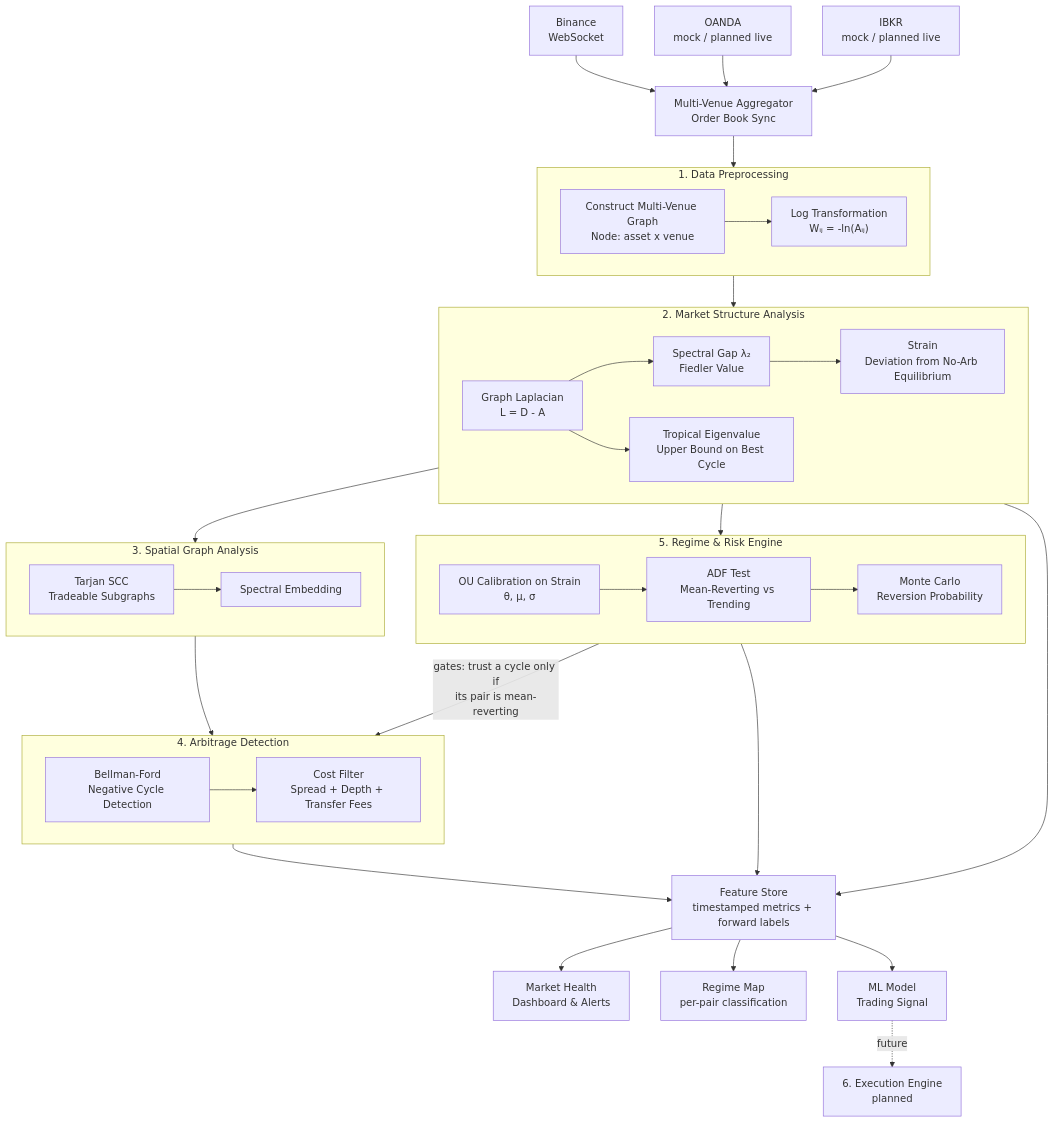
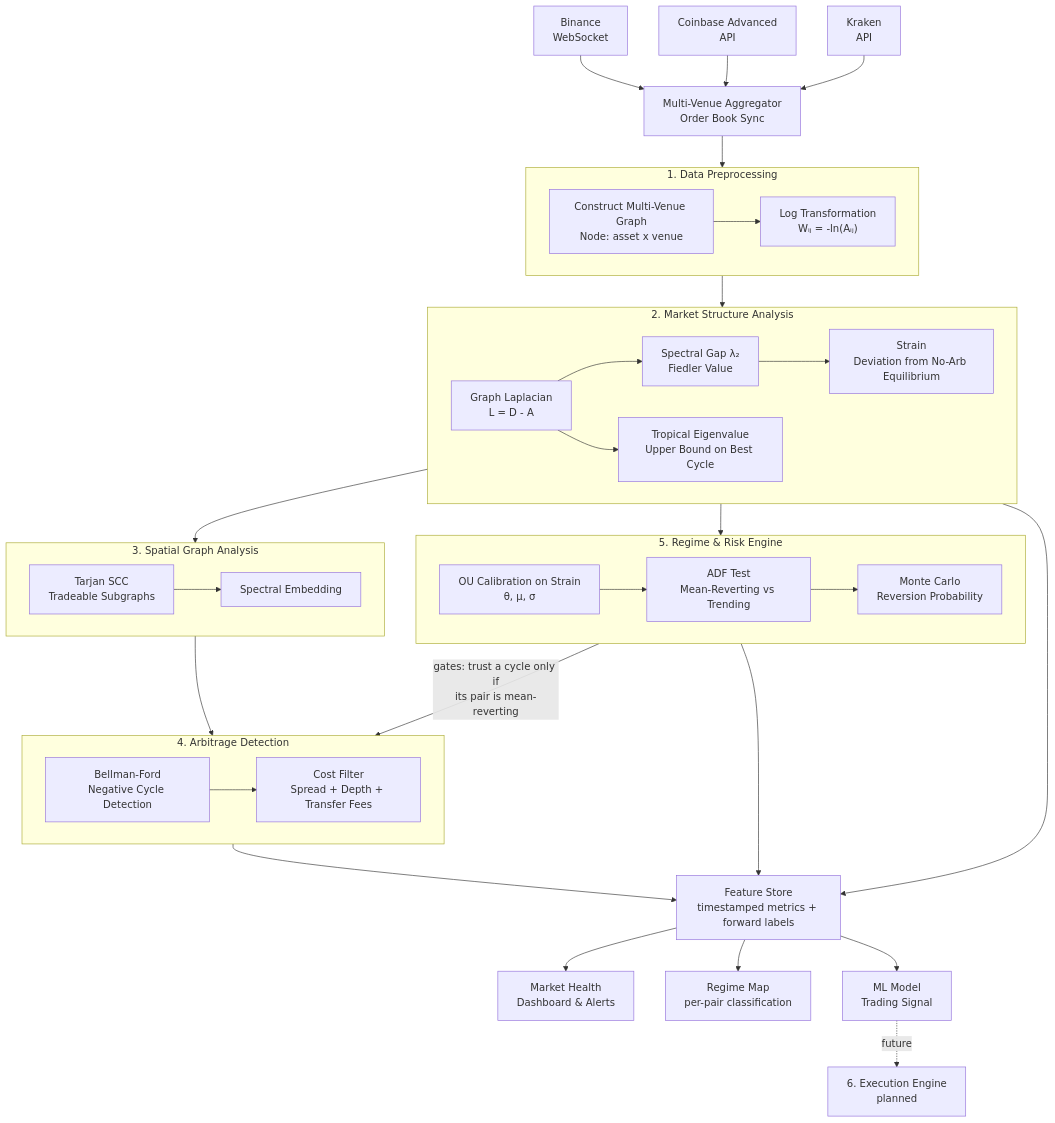
One commit to ducanh19082007/laplacian-market-signals changed the diagram in README.md. Above: the diagram before and after it, drawn with Mermaid.

````diff
--- a/README.md
+++ b/README.md
@@ -15,66 +15,66 @@
 ```mermaid
 flowchart TD
 
     A1["Binance<br/>WebSocket"]
-    A2["OANDA<br/>mock / planned live"]
-    A3["IBKR<br/>mock / planned live"]
+    A2["Coinbase Advanced<br/>API"]
+    A3["Kraken<br/>API"]
     A1 & A2 & A3 --> M
 
     M["Multi-Venue Aggregator<br/>Order Book Sync"]
     M --> B
 
     subgraph B["1. Data Preprocessing"]
         B1["Construct Multi-Venue Graph<br/>Node: asset x venue"]
         B2["Log Transformation<br/>Wᵢⱼ = -ln(Aᵢⱼ)"]
         B1 --> B2
     end
 
     B --> C
     C --> D
     C --> F
 
     subgraph C["2. Market Structure Analysis"]
         C1["Graph Laplacian<br/>L = D - A"]
         C2["Spectral Gap λ₂<br/>Fiedler Value"]
         C3["Tropical Eigenvalue<br/>Upper Bound on Best Cycle"]
         C4["Strain<br/>Deviation from No-Arb Equilibrium"]
         C1 --> C2
         C1 --> C3
         C2 --> C4
     end
 
     subgraph D["3. Spatial Graph Analysis"]
         D1["Tarjan SCC<br/>Tradeable Subgraphs"]
         D2["Spectral Embedding"]
         D1 --> D2
     end
 
     subgraph F["5. Regime & Risk Engine"]
         F1["OU Calibration on Strain<br/>θ, μ, σ"]
         F2["ADF Test<br/>Mean-Reverting vs Trending"]
         F3["Monte Carlo<br/>Reversion Probability"]
         F1 --> F2
         F2 --> F3
     end
 
     D --> E
     F -->|gates: trust a cycle only if<br/>its pair is mean-reverting| E
 
     subgraph E["4. Arbitrage Detection"]
         E1["Bellman-Ford<br/>Negative Cycle Detection"]
         E2["Cost Filter<br/>Spread + Depth + Transfer Fees"]
         E1 --> E2
     end
 
     E --> G
     F --> G
     C --> G
 
     G["Feature Store<br/>timestamped metrics + forward labels"]
 
     G --> H1["Market Health<br/>Dashboard & Alerts"]
     G --> H2["Regime Map<br/>per-pair classification"]
     G --> H3["ML Model<br/>Trading Signal"]
 
     H3 -.->|future| I["6. Execution Engine<br/>planned"]
 ```
````
